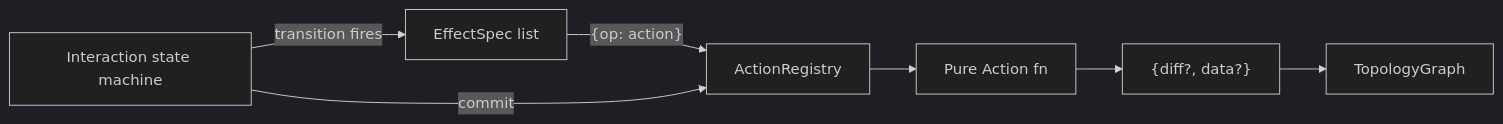
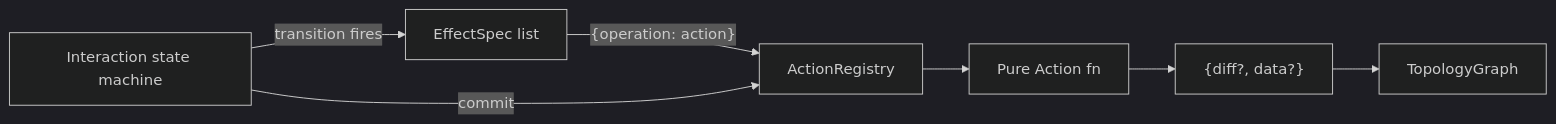
One commit to usalu/semio changed the diagram in .cursor/plans/spatial_interactions_and_actions_f1f4a0b2.plan.md. Above: the diagram before and after it, drawn with Mermaid (dark theme). The commit also changed other lines of this file and 513 other files, not shown here.

````diff
--- a/.cursor/plans/spatial_interactions_and_actions_f1f4a0b2.plan.md
+++ b/.cursor/plans/spatial_interactions_and_actions_f1f4a0b2.plan.md
@@ -54,9 +54,9 @@
 ```mermaid
 flowchart LR
   Interaction[Interaction state machine] -- transition fires --> Effects[EffectSpec list]
-  Effects -- "{op: action}" --> ActionRegistry
+  Effects -- "{operation: action}" --> ActionRegistry
   Interaction -- commit --> ActionRegistry
   ActionRegistry --> Action[Pure Action fn]
   Action --> Result["{diff?, data?}"]
   Result --> Topology[TopologyGraph]
 ```
````
